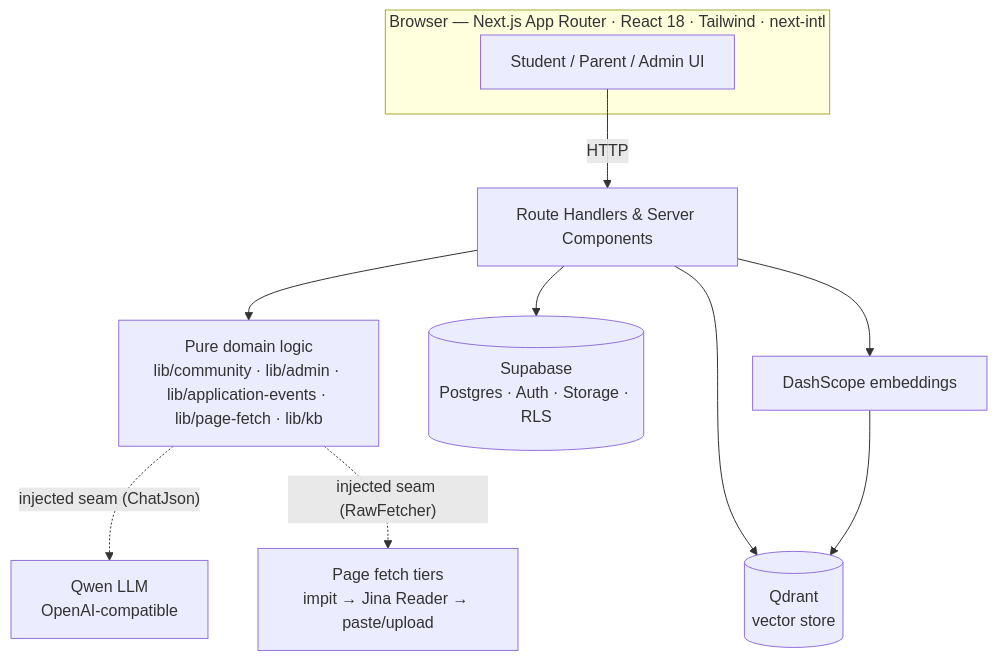
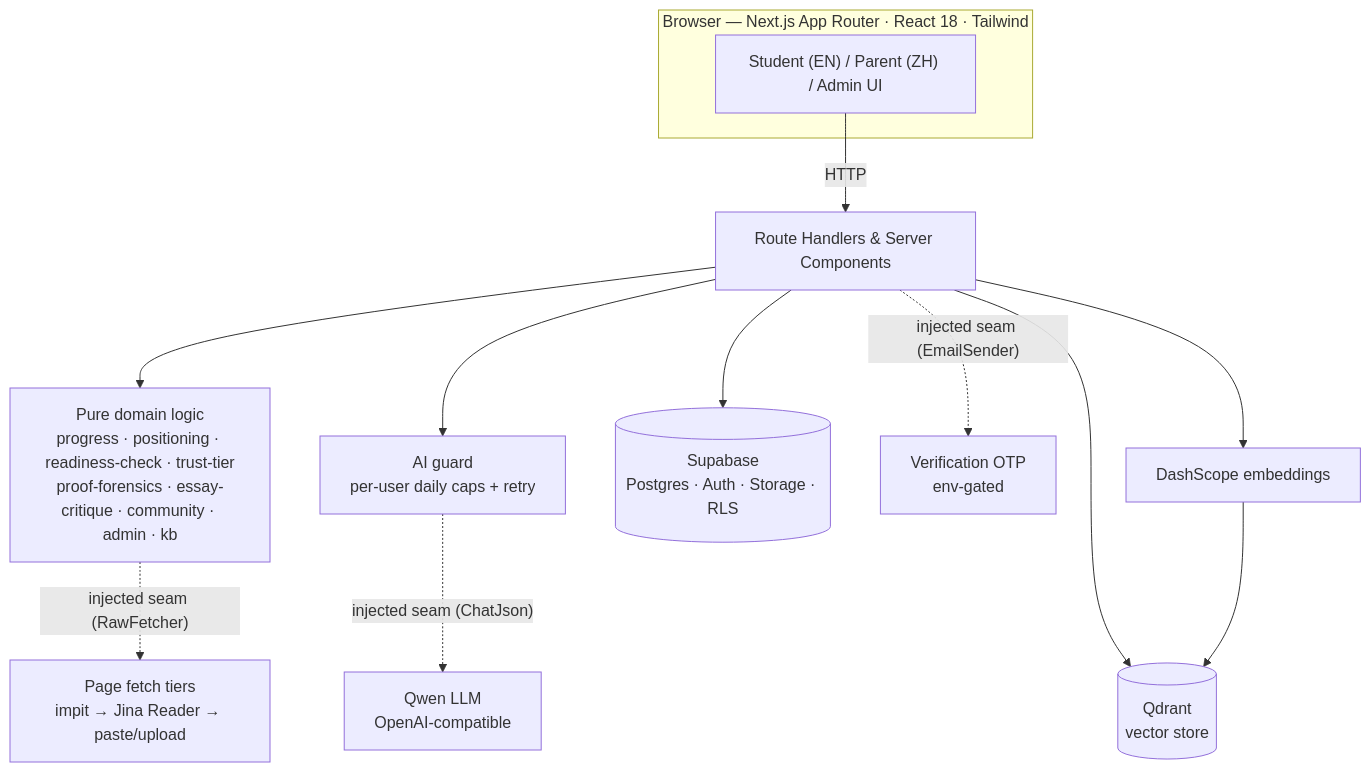
The diagram in README.md (Kairon-2005/novara-orbital), drawn with Mermaid before and after one commit. The commit also changed other lines of this file and 16 other files, not shown here.

````diff
--- a/README.md
+++ b/README.md
@@ -74,17 +589,20 @@
 ```mermaid
 flowchart TD
-  subgraph CLIENT["Browser — Next.js App Router · React 18 · Tailwind · next-intl"]
-    UI["Student / Parent / Admin UI"]
+  subgraph CLIENT["Browser — Next.js App Router · React 18 · Tailwind"]
+    UI["Student (EN) / Parent (ZH) / Admin UI"]
   end
 
   UI -->|HTTP| RH["Route Handlers & Server Components"]
-  RH --> DOMAIN["Pure domain logic<br/>lib/community · lib/admin · lib/application-events · lib/page-fetch · lib/kb"]
+  RH --> DOMAIN["Pure domain logic<br/>progress · positioning · readiness-check · trust-tier<br/>proof-forensics · essay-critique · community · admin · kb"]
+
+  RH --> GUARD["AI guard<br/>per-user daily caps + retry"]
+  GUARD -. "injected seam (ChatJson)" .-> LLM["Qwen LLM<br/>OpenAI-compatible"]
 
   RH --> DB[("Supabase<br/>Postgres · Auth · Storage · RLS")]
   RH --> VEC[("Qdrant<br/>vector store")]
 
-  DOMAIN -. "injected seam (ChatJson)" .-> LLM["Qwen LLM<br/>OpenAI-compatible"]
   DOMAIN -. "injected seam (RawFetcher)" .-> FETCH["Page fetch tiers<br/>impit → Jina Reader → paste/upload"]
+  RH -. "injected seam (EmailSender)" .-> MAIL["Verification OTP<br/>env-gated"]
   RH --> EMB["DashScope embeddings"]
   EMB --> VEC
 ```
````
